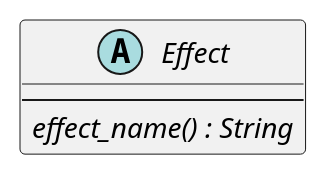
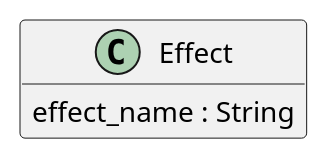
Before and after one commit to sandflow/otio-core-specification: the tenth of 32 diagrams in src/main/md/otio-core.md, drawn with PlantUML. The commit also changed other lines of this file and 11 other files, not shown here.

Commit message:
Updated schema per test material

````diff
--- a/src/main/md/otio-core.md
+++ b/src/main/md/otio-core.md
@@ -652,12 +643,11 @@
 ```puml
 @startuml
 hide empty members
 skinparam classAttributeIconSize 0
 
-abstract class Effect {
-  --
-  {abstract} effect_name() : String
+class Effect {
+  effect_name : String
 }
 
 @enduml
 ```
````
